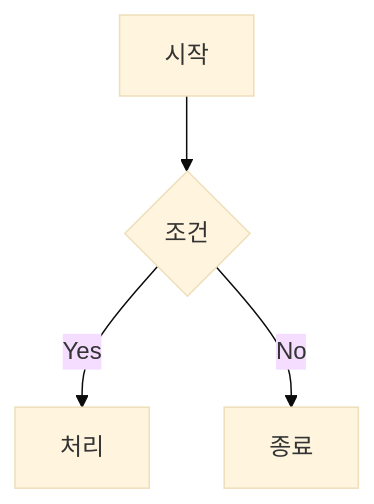
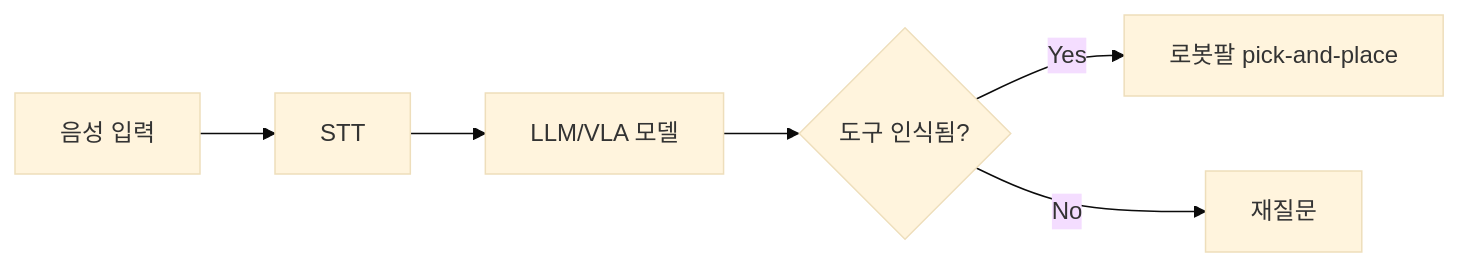
The first of 9 diagrams in _posts/2026-07-22-Review-4.md (bigse0u1/bigse0u1.github.io), drawn with Mermaid (base theme) before and after one commit. The commit also changed other lines of this file and 1 other file, not shown here.

````diff
--- a/_posts/2026-07-22-Review-4.md
+++ b/_posts/2026-07-22-Review-4.md
@@ -83,6 +85,8 @@
 ```mermaid
-graph TD
-  A[시작] --> B{조건}
-  B -->|Yes| C[처리]
-  B -->|No| D[종료]
+graph LR
+  A[음성 입력] --> B[STT]
+  B --> C[LLM/VLA 모델]
+  C --> D{도구 인식됨?}
+  D -->|Yes| E[로봇팔 pick-and-place]
+  D -->|No| F[재질문]
 ```
````
